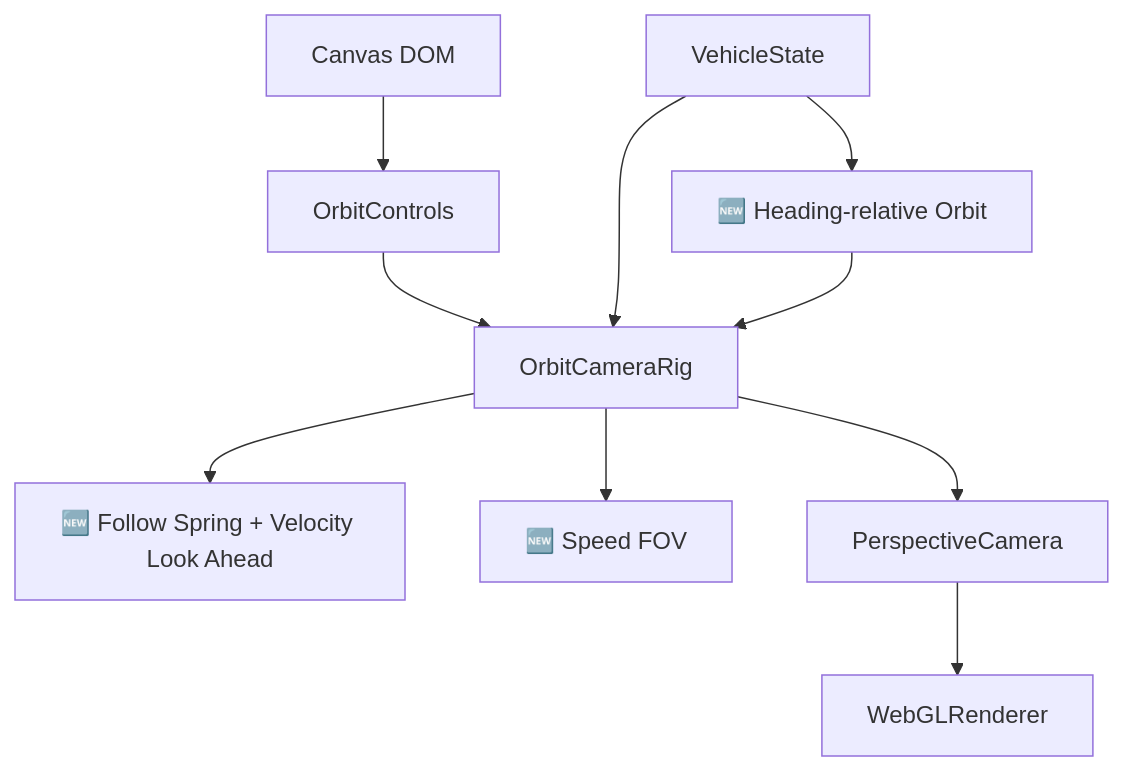
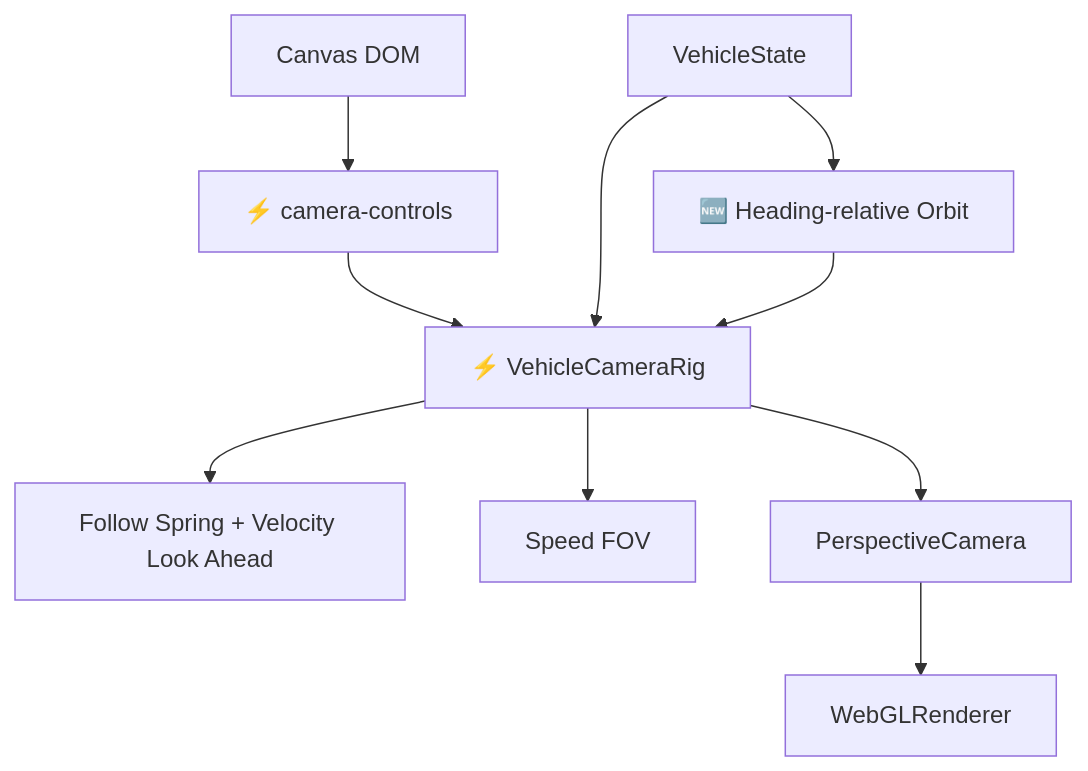
Before and after one commit to 64n-goxutech/shader-roam: the first of 2 diagrams in docs/architecture/camera-system/README.md, drawn with Mermaid. The commit also changed other lines of this file and 7 other files, not shown here.

Commit message:
refactor(camera): replace OrbitControls with camera-controls

````diff
--- a/docs/architecture/camera-system/README.md
+++ b/docs/architecture/camera-system/README.md
@@ -5,13 +5,13 @@
 ```mermaid
 graph TB
     %% 🆕 新增  ⚡ 修改
-    Canvas[Canvas DOM] --> OrbitControls[OrbitControls]
-    VehicleState[VehicleState] --> OrbitRig[OrbitCameraRig]
-    OrbitControls --> OrbitRig
-    OrbitRig --> FollowFeedback[🆕 Follow Spring + Velocity Look Ahead]
-    OrbitRig --> DynamicFov[🆕 Speed FOV]
+    Canvas[Canvas DOM] --> CameraControls[⚡ camera-controls]
+    VehicleState[VehicleState] --> CameraRig[⚡ VehicleCameraRig]
+    CameraControls --> CameraRig
+    CameraRig --> FollowFeedback[Follow Spring + Velocity Look Ahead]
+    CameraRig --> DynamicFov[Speed FOV]
     VehicleState --> HeadingFollow[🆕 Heading-relative Orbit]
-    HeadingFollow --> OrbitRig
-    OrbitRig --> Camera[PerspectiveCamera]
+    HeadingFollow --> CameraRig
+    CameraRig --> Camera[PerspectiveCamera]
     Camera --> Renderer[WebGLRenderer]
 ```
````
